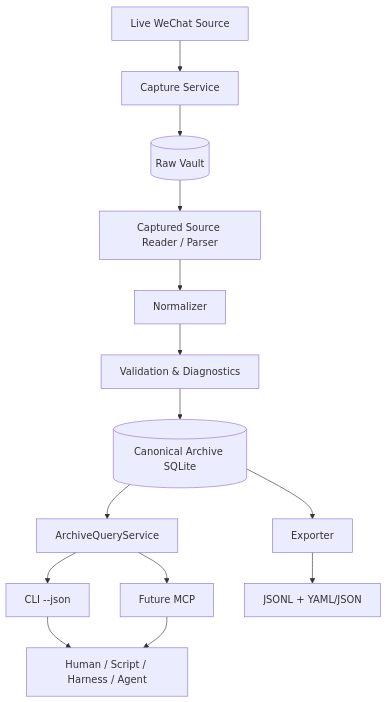
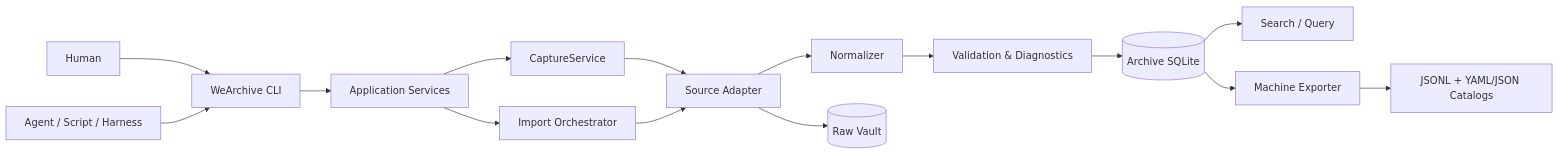
Before and after one commit to lybym/WeArchive: the first of 2 diagrams in docs/ARCHITECTURE.md, drawn with Mermaid. The commit also changed other lines of this file and 28 other files, not shown here.

First line of the commit message:
feat(raw-vault): Implement Raw Vault baseline capture and immutable generation publication (#28)

````diff
--- a/docs/ARCHITECTURE.md
+++ b/docs/ARCHITECTURE.md
@@ -30,30 +22,31 @@
 ```mermaid
-flowchart TB
-    W[Live WeChat Source]
-    CAP[Capture Service]
-    RV[(Raw Vault)]
-    R[Captured Source Reader / Parser]
+flowchart LR
+    H[Human]
+    G[Agent / Script / Harness]
+    CLI[WeArchive CLI]
+    C[Application Services]
+    O[Import Orchestrator]
+    A[Source Adapter]
     N[Normalizer]
     V[Validation & Diagnostics]
-    A[(Canonical Archive SQLite)]
-    Q[ArchiveQueryService]
-    CLI[CLI --json]
-    MCP[Future MCP]
-    H[Human / Script / Harness / Agent]
-    E[Exporter]
-    X[JSONL + YAML/JSON]
+    S[(Archive SQLite)]
+    RV[(Raw Vault)]
+    Q[Search / Query]
+    E[Machine Exporter]
+    X[JSONL + YAML/JSON Catalogs]
 
-    W --> CAP
-    CAP --> RV
-    RV --> R
-    R --> N
+    H --> CLI
+    G --> CLI
+    CLI --> C
+    C --> O
+    C --> CAP[CaptureService]
+    CAP --> A
+    A --> RV
+    O --> A
+    A --> N
     N --> V
-    V --> A
-    A --> Q
-    Q --> CLI
-    Q --> MCP
-    CLI --> H
-    MCP --> H
-    A --> E
+    V --> S
+    S --> Q
+    S --> E
     E --> X
 ```
````
